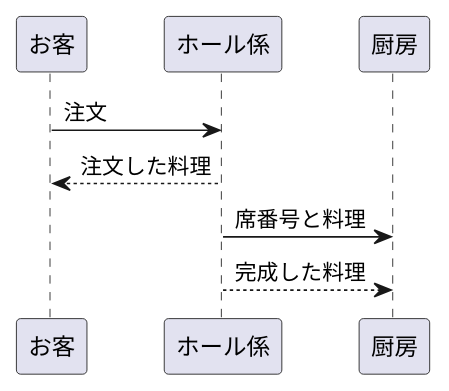
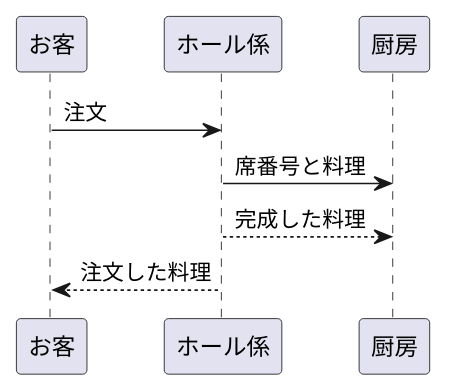
The diagram in kadai2.md (Aso2001397/2021sys-design), drawn with PlantUML before and after one commit. The commit also changed other lines of this file, not shown here.

````diff
--- a/kadai2.md
+++ b/kadai2.md
@@ -1,8 +1,8 @@
 ```uml
 @startuml
 お客 -> ホール係: 注文
-ホール係 --> お客: 注文した料理
 ホール係 -> 厨房: 席番号と料理
 厨房 <-- ホール係: 完成した料理
+ホール係 --> お客: 注文した料理
 @enduml
 ```
````
